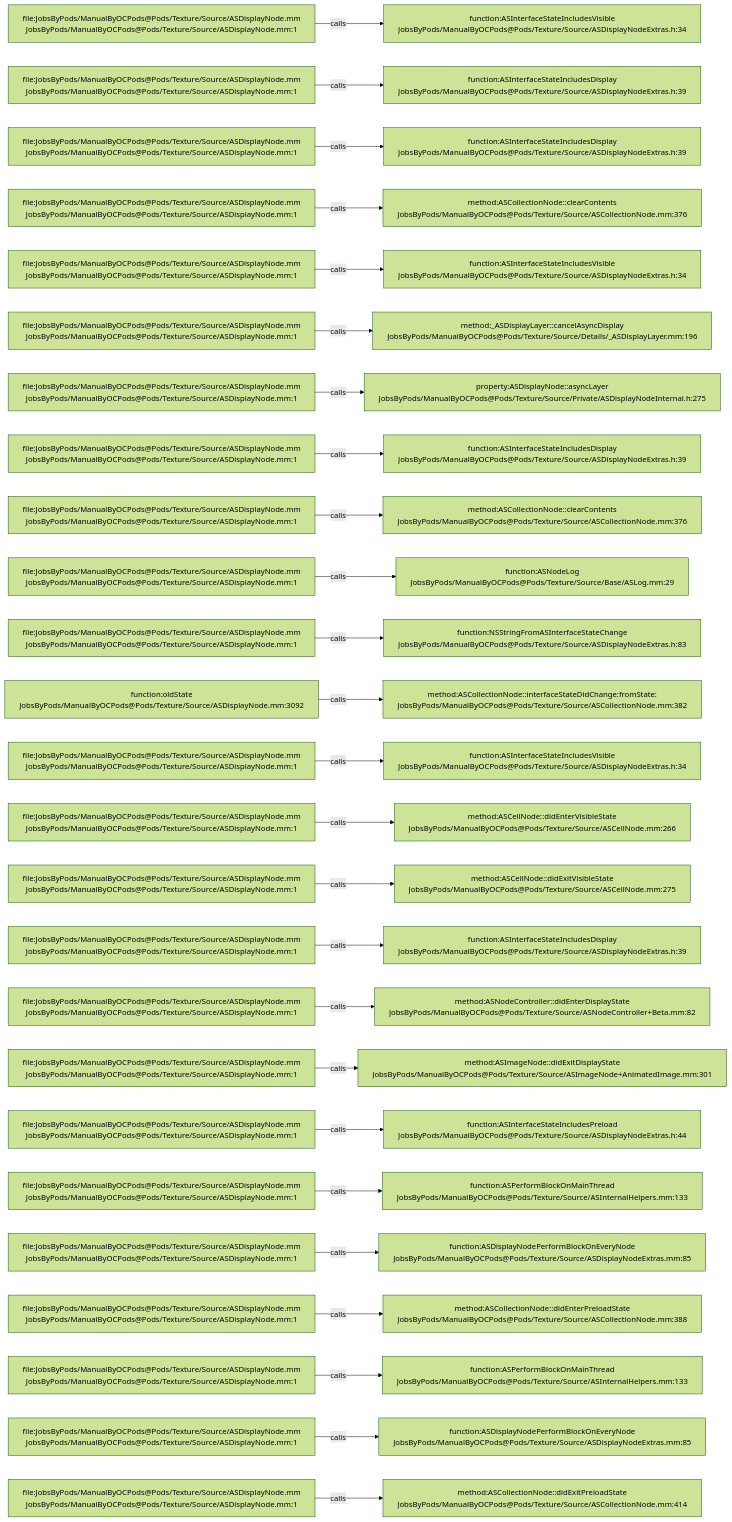
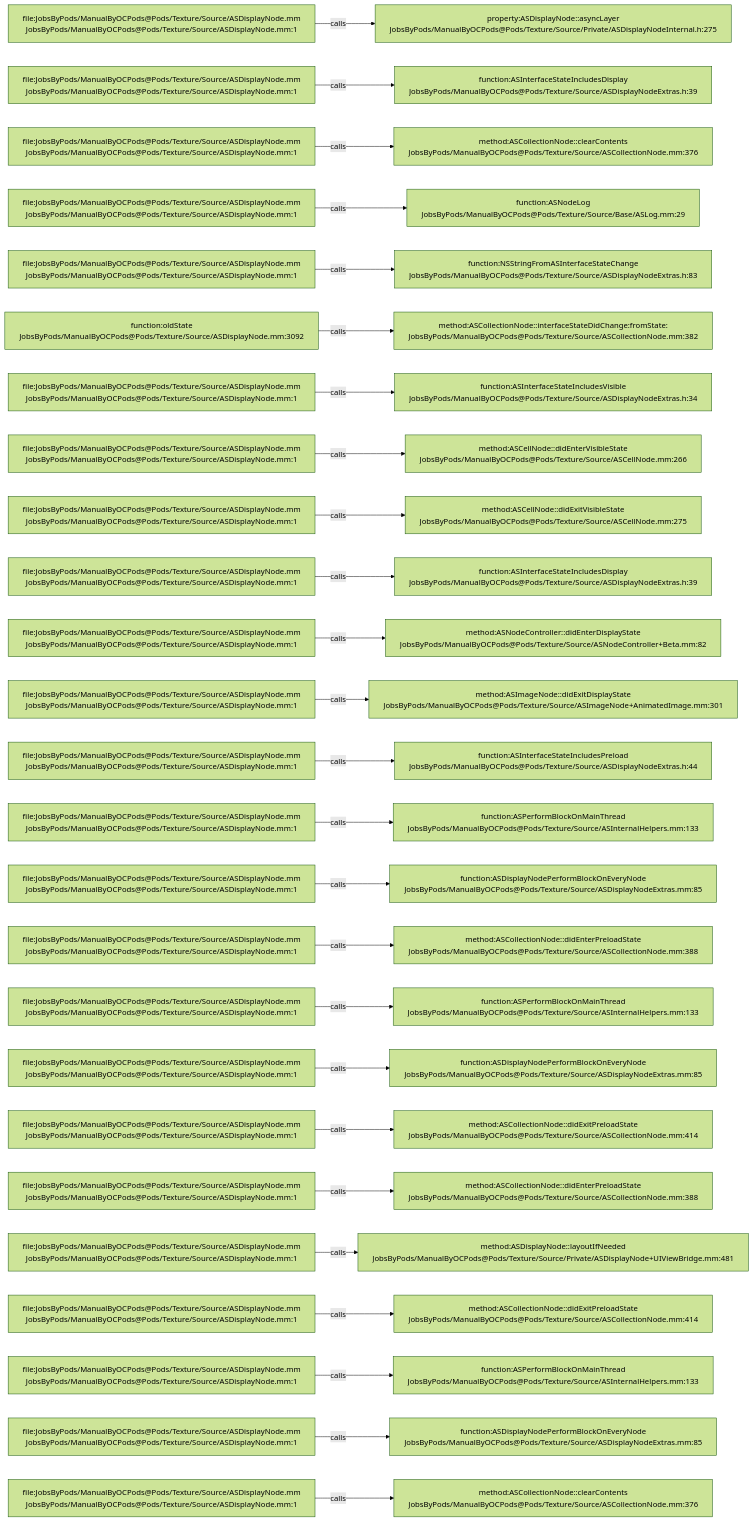
The diagram in .codegraph/codegraph.md/graphs/calls-095.md (JobsKits/JobsOCBaseConfigDemo), drawn with Mermaid (forest theme) before and after one commit. The commit also changed 666 other files, not shown here.

````diff
--- a/.codegraph/codegraph.md/graphs/calls-095.md
+++ b/.codegraph/codegraph.md/graphs/calls-095.md
@@ -13,78 +13,78 @@
 ```mermaid
 flowchart LR
   S1["file:JobsByPods/ManualByOCPods@Pods/Texture/Source/ASDisplayNode.mm<br/>JobsByPods/ManualByOCPods@Pods/Texture/Source/ASDisplayNode.mm:1"]
-  T1["function:ASInterfaceStateIncludesVisible<br/>JobsByPods/ManualByOCPods@Pods/Texture/Source/ASDisplayNodeExtras.h:34"]
+  T1["property:ASDisplayNode::asyncLayer<br/>JobsByPods/ManualByOCPods@Pods/Texture/Source/Private/ASDisplayNodeInternal.h:275"]
   S1 -->|calls| T1
   S2["file:JobsByPods/ManualByOCPods@Pods/Texture/Source/ASDisplayNode.mm<br/>JobsByPods/ManualByOCPods@Pods/Texture/Source/ASDisplayNode.mm:1"]
   T2["function:ASInterfaceStateIncludesDisplay<br/>JobsByPods/ManualByOCPods@Pods/Texture/Source/ASDisplayNodeExtras.h:39"]
   S2 -->|calls| T2
   S3["file:JobsByPods/ManualByOCPods@Pods/Texture/Source/ASDisplayNode.mm<br/>JobsByPods/ManualByOCPods@Pods/Texture/Source/ASDisplayNode.mm:1"]
-  T3["function:ASInterfaceStateIncludesDisplay<br/>JobsByPods/ManualByOCPods@Pods/Texture/Source/ASDisplayNodeExtras.h:39"]
+  T3["method:ASCollectionNode::clearContents<br/>JobsByPods/ManualByOCPods@Pods/Texture/Source/ASCollectionNode.mm:376"]
   S3 -->|calls| T3
   S4["file:JobsByPods/ManualByOCPods@Pods/Texture/Source/ASDisplayNode.mm<br/>JobsByPods/ManualByOCPods@Pods/Texture/Source/ASDisplayNode.mm:1"]
-  T4["method:ASCollectionNode::clearContents<br/>JobsByPods/ManualByOCPods@Pods/Texture/Source/ASCollectionNode.mm:376"]
+  T4["function:ASNodeLog<br/>JobsByPods/ManualByOCPods@Pods/Texture/Source/Base/ASLog.mm:29"]
   S4 -->|calls| T4
   S5["file:JobsByPods/ManualByOCPods@Pods/Texture/Source/ASDisplayNode.mm<br/>JobsByPods/ManualByOCPods@Pods/Texture/Source/ASDisplayNode.mm:1"]
-  T5["function:ASInterfaceStateIncludesVisible<br/>JobsByPods/ManualByOCPods@Pods/Texture/Source/ASDisplayNodeExtras.h:34"]
+  T5["function:NSStringFromASInterfaceStateChange<br/>JobsByPods/ManualByOCPods@Pods/Texture/Source/ASDisplayNodeExtras.h:83"]
   S5 -->|calls| T5
-  S6["file:JobsByPods/ManualByOCPods@Pods/Texture/Source/ASDisplayNode.mm<br/>JobsByPods/ManualByOCPods@Pods/Texture/Source/ASDisplayNode.mm:1"]
-  T6["method:_ASDisplayLayer::cancelAsyncDisplay<br/>JobsByPods/ManualByOCPods@Pods/Texture/Source/Details/_ASDisplayLayer.mm:196"]
+  S6["function:oldState<br/>JobsByPods/ManualByOCPods@Pods/Texture/Source/ASDisplayNode.mm:3092"]
+  T6["method:ASCollectionNode::interfaceStateDidChange:fromState:<br/>JobsByPods/ManualByOCPods@Pods/Texture/Source/ASCollectionNode.mm:382"]
   S6 -->|calls| T6
   S7["file:JobsByPods/ManualByOCPods@Pods/Texture/Source/ASDisplayNode.mm<br/>JobsByPods/ManualByOCPods@Pods/Texture/Source/ASDisplayNode.mm:1"]
-  T7["property:ASDisplayNode::asyncLayer<br/>JobsByPods/ManualByOCPods@Pods/Texture/Source/Private/ASDisplayNodeInternal.h:275"]
+  T7["function:ASInterfaceStateIncludesVisible<br/>JobsByPods/ManualByOCPods@Pods/Texture/Source/ASDisplayNodeExtras.h:34"]
   S7 -->|calls| T7
   S8["file:JobsByPods/ManualByOCPods@Pods/Texture/Source/ASDisplayNode.mm<br/>JobsByPods/ManualByOCPods@Pods/Texture/Source/ASDisplayNode.mm:1"]
-  T8["function:ASInterfaceStateIncludesDisplay<br/>JobsByPods/ManualByOCPods@Pods/Texture/Source/ASDisplayNodeExtras.h:39"]
+  T8["method:ASCellNode::didEnterVisibleState<br/>JobsByPods/ManualByOCPods@Pods/Texture/Source/ASCellNode.mm:266"]
   S8 -->|calls| T8
   S9["file:JobsByPods/ManualByOCPods@Pods/Texture/Source/ASDisplayNode.mm<br/>JobsByPods/ManualByOCPods@Pods/Texture/Source/ASDisplayNode.mm:1"]
-  T9["method:ASCollectionNode::clearContents<br/>JobsByPods/ManualByOCPods@Pods/Texture/Source/ASCollectionNode.mm:376"]
+  T9["method:ASCellNode::didExitVisibleState<br/>JobsByPods/ManualByOCPods@Pods/Texture/Source/ASCellNode.mm:275"]
   S9 -->|calls| T9
   S10["file:JobsByPods/ManualByOCPods@Pods/Texture/Source/ASDisplayNode.mm<br/>JobsByPods/ManualByOCPods@Pods/Texture/Source/ASDisplayNode.mm:1"]
-  T10["function:ASNodeLog<br/>JobsByPods/ManualByOCPods@Pods/Texture/Source/Base/ASLog.mm:29"]
+  T10["function:ASInterfaceStateIncludesDisplay<br/>JobsByPods/ManualByOCPods@Pods/Texture/Source/ASDisplayNodeExtras.h:39"]
   S10 -->|calls| T10
   S11["file:JobsByPods/ManualByOCPods@Pods/Texture/Source/ASDisplayNode.mm<br/>JobsByPods/ManualByOCPods@Pods/Texture/Source/ASDisplayNode.mm:1"]
-  T11["function:NSStringFromASInterfaceStateChange<br/>JobsByPods/ManualByOCPods@Pods/Texture/Source/ASDisplayNodeExtras.h:83"]
+  T11["method:ASNodeController::didEnterDisplayState<br/>JobsByPods/ManualByOCPods@Pods/Texture/Source/ASNodeController+Beta.mm:82"]
   S11 -->|calls| T11
-  S12["function:oldState<br/>JobsByPods/ManualByOCPods@Pods/Texture/Source/ASDisplayNode.mm:3092"]
-  T12["method:ASCollectionNode::interfaceStateDidChange:fromState:<br/>JobsByPods/ManualByOCPods@Pods/Texture/Source/ASCollectionNode.mm:382"]
+  S12["file:JobsByPods/ManualByOCPods@Pods/Texture/Source/ASDisplayNode.mm<br/>JobsByPods/ManualByOCPods@Pods/Texture/Source/ASDisplayNode.mm:1"]
+  T12["method:ASImageNode::didExitDisplayState<br/>JobsByPods/ManualByOCPods@Pods/Texture/Source/ASImageNode+AnimatedImage.mm:301"]
   S12 -->|calls| T12
   S13["file:JobsByPods/ManualByOCPods@Pods/Texture/Source/ASDisplayNode.mm<br/>JobsByPods/ManualByOCPods@Pods/Texture/Source/ASDisplayNode.mm:1"]
-  T13["function:ASInterfaceStateIncludesVisible<br/>JobsByPods/ManualByOCPods@Pods/Texture/Source/ASDisplayNodeExtras.h:34"]
+  T13["function:ASInterfaceStateIncludesPreload<br/>JobsByPods/ManualByOCPods@Pods/Texture/Source/ASDisplayNodeExtras.h:44"]
   S13 -->|calls| T13
   S14["file:JobsByPods/ManualByOCPods@Pods/Texture/Source/ASDisplayNode.mm<br/>JobsByPods/ManualByOCPods@Pods/Texture/Source/ASDisplayNode.mm:1"]
-  T14["method:ASCellNode::didEnterVisibleState<br/>JobsByPods/ManualByOCPods@Pods/Texture/Source/ASCellNode.mm:266"]
+  T14["function:ASPerformBlockOnMainThread<br/>JobsByPods/ManualByOCPods@Pods/Texture/Source/ASInternalHelpers.mm:133"]
   S14 -->|calls| T14
   S15["file:JobsByPods/ManualByOCPods@Pods/Texture/Source/ASDisplayNode.mm<br/>JobsByPods/ManualByOCPods@Pods/Texture/Source/ASDisplayNode.mm:1"]
-  T15["method:ASCellNode::didExitVisibleState<br/>JobsByPods/ManualByOCPods@Pods/Texture/Source/ASCellNode.mm:275"]
+  T15["function:ASDisplayNodePerformBlockOnEveryNode<br/>JobsByPods/ManualByOCPods@Pods/Texture/Source/ASDisplayNodeExtras.mm:85"]
   S15 -->|calls| T15
   S16["file:JobsByPods/ManualByOCPods@Pods/Texture/Source/ASDisplayNode.mm<br/>JobsByPods/ManualByOCPods@Pods/Texture/Source/ASDisplayNode.mm:1"]
-  T16["function:ASInterfaceStateIncludesDisplay<br/>JobsByPods/ManualByOCPods@Pods/Texture/Source/ASDisplayNodeExtras.h:39"]
+  T16["method:ASCollectionNode::didEnterPreloadState<br/>JobsByPods/ManualByOCPods@Pods/Texture/Source/ASCollectionNode.mm:388"]
   S16 -->|calls| T16
   S17["file:JobsByPods/ManualByOCPods@Pods/Texture/Source/ASDisplayNode.mm<br/>JobsByPods/ManualByOCPods@Pods/Texture/Source/ASDisplayNode.mm:1"]
-  T17["method:ASNodeController::didEnterDisplayState<br/>JobsByPods/ManualByOCPods@Pods/Texture/Source/ASNodeController+Beta.mm:82"]
+  T17["function:ASPerformBlockOnMainThread<br/>JobsByPods/ManualByOCPods@Pods/Texture/Source/ASInternalHelpers.mm:133"]
   S17 -->|calls| T17
   S18["file:JobsByPods/ManualByOCPods@Pods/Texture/Source/ASDisplayNode.mm<br/>JobsByPods/ManualByOCPods@Pods/Texture/Source/ASDisplayNode.mm:1"]
-  T18["method:ASImageNode::didExitDisplayState<br/>JobsByPods/ManualByOCPods@Pods/Texture/Source/ASImageNode+AnimatedImage.mm:301"]
+  T18["function:ASDisplayNodePerformBlockOnEveryNode<br/>JobsByPods/ManualByOCPods@Pods/Texture/Source/ASDisplayNodeExtras.mm:85"]
   S18 -->|calls| T18
   S19["file:JobsByPods/ManualByOCPods@Pods/Texture/Source/ASDisplayNode.mm<br/>JobsByPods/ManualByOCPods@Pods/Texture/Source/ASDisplayNode.mm:1"]
-  T19["function:ASInterfaceStateIncludesPreload<br/>JobsByPods/ManualByOCPods@Pods/Texture/Source/ASDisplayNodeExtras.h:44"]
+  T19["method:ASCollectionNode::didExitPreloadState<br/>JobsByPods/ManualByOCPods@Pods/Texture/Source/ASCollectionNode.mm:414"]
   S19 -->|calls| T19
   S20["file:JobsByPods/ManualByOCPods@Pods/Texture/Source/ASDisplayNode.mm<br/>JobsByPods/ManualByOCPods@Pods/Texture/Source/ASDisplayNode.mm:1"]
-  T20["function:ASPerformBlockOnMainThread<br/>JobsByPods/ManualByOCPods@Pods/Texture/Source/ASInternalHelpers.mm:133"]
+  T20["method:ASCollectionNode::didEnterPreloadState<br/>JobsByPods/ManualByOCPods@Pods/Texture/Source/ASCollectionNode.mm:388"]
   S20 -->|calls| T20
   S21["file:JobsByPods/ManualByOCPods@Pods/Texture/Source/ASDisplayNode.mm<br/>JobsByPods/ManualByOCPods@Pods/Texture/Source/ASDisplayNode.mm:1"]
-  T21["function:ASDisplayNodePerformBlockOnEveryNode<br/>JobsByPods/ManualByOCPods@Pods/Texture/Source/ASDisplayNodeExtras.mm:85"]
+  T21["method:ASDisplayNode::layoutIfNeeded<br/>JobsByPods/ManualByOCPods@Pods/Texture/Source/Private/ASDisplayNode+UIViewBridge.mm:481"]
   S21 -->|calls| T21
   S22["file:JobsByPods/ManualByOCPods@Pods/Texture/Source/ASDisplayNode.mm<br/>JobsByPods/ManualByOCPods@Pods/Texture/Source/ASDisplayNode.mm:1"]
-  T22["method:ASCollectionNode::didEnterPreloadState<br/>JobsByPods/ManualByOCPods@Pods/Texture/Source/ASCollectionNode.mm:388"]
+  T22["method:ASCollectionNode::didExitPreloadState<br/>JobsByPods/ManualByOCPods@Pods/Texture/Source/ASCollectionNode.mm:414"]
   S22 -->|calls| T22
   S23["file:JobsByPods/ManualByOCPods@Pods/Texture/Source/ASDisplayNode.mm<br/>JobsByPods/ManualByOCPods@Pods/Texture/Source/ASDisplayNode.mm:1"]
   T23["function:ASPerformBlockOnMainThread<br/>JobsByPods/ManualByOCPods@Pods/Texture/Source/ASInternalHelpers.mm:133"]
   S23 -->|calls| T23
   S24["file:JobsByPods/ManualByOCPods@Pods/Texture/Source/ASDisplayNode.mm<br/>JobsByPods/ManualByOCPods@Pods/Texture/Source/ASDisplayNode.mm:1"]
   T24["function:ASDisplayNodePerformBlockOnEveryNode<br/>JobsByPods/ManualByOCPods@Pods/Texture/Source/ASDisplayNodeExtras.mm:85"]
   S24 -->|calls| T24
   S25["file:JobsByPods/ManualByOCPods@Pods/Texture/Source/ASDisplayNode.mm<br/>JobsByPods/ManualByOCPods@Pods/Texture/Source/ASDisplayNode.mm:1"]
-  T25["method:ASCollectionNode::didExitPreloadState<br/>JobsByPods/ManualByOCPods@Pods/Texture/Source/ASCollectionNode.mm:414"]
+  T25["method:ASCollectionNode::clearContents<br/>JobsByPods/ManualByOCPods@Pods/Texture/Source/ASCollectionNode.mm:376"]
   S25 -->|calls| T25
 ```
````
